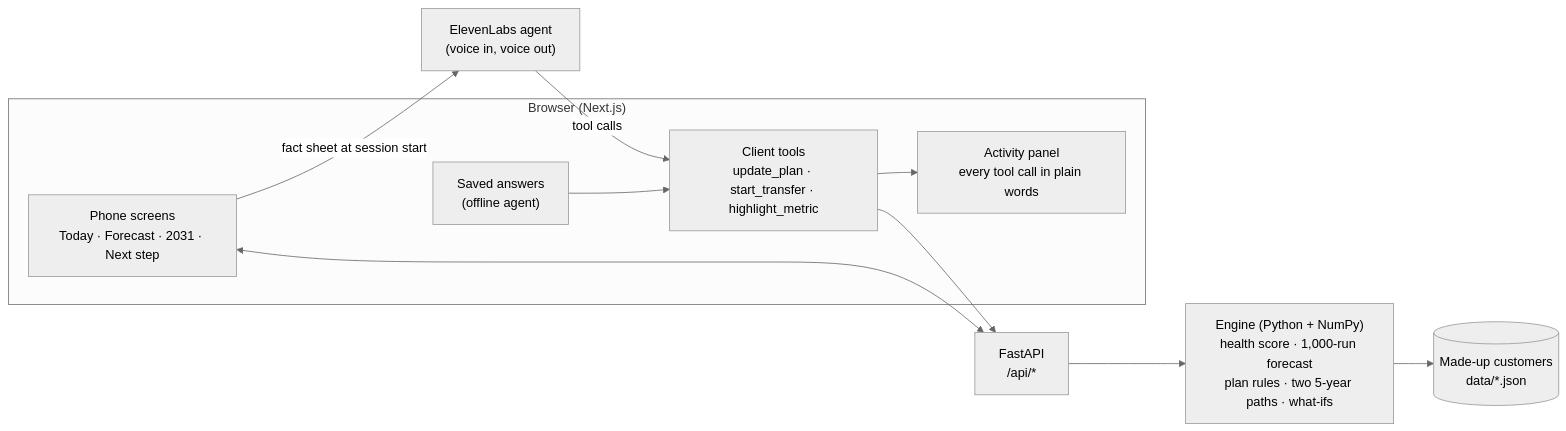
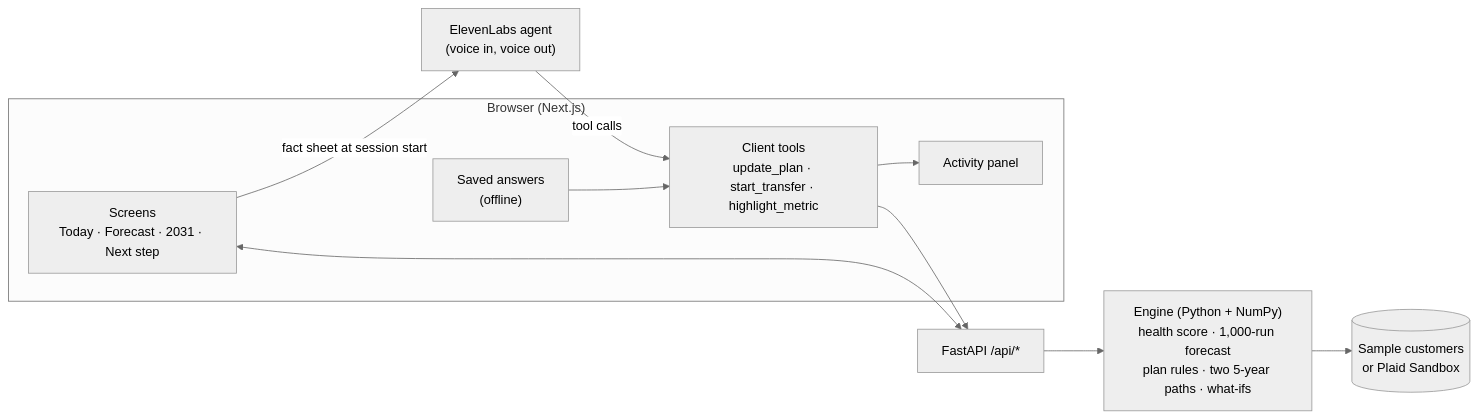
One commit to rajatsxngh/two-futures changed the diagram in README.md. Above: the diagram before and after it, drawn with Mermaid (neutral theme). The commit also changed other lines of this file and 14 other files, not shown here.

````diff
--- a/README.md
+++ b/README.md
@@ -33,21 +74,21 @@
 ```mermaid
 flowchart LR
   subgraph Browser["Browser (Next.js)"]
-    UI["Phone screens<br/>Today · Forecast · 2031 · Next step"]
+    UI["Screens<br/>Today · Forecast · 2031 · Next step"]
     Tools["Client tools<br/>update_plan · start_transfer · highlight_metric"]
-    Panel["Activity panel<br/>every tool call in plain words"]
-    Saved["Saved answers<br/>(offline agent)"]
+    Panel["Activity panel"]
+    Saved["Saved answers<br/>(offline)"]
   end
   Agent["ElevenLabs agent<br/>(voice in, voice out)"]
-  API["FastAPI<br/>/api/*"]
+  API["FastAPI /api/*"]
   Engine["Engine (Python + NumPy)<br/>health score · 1,000-run forecast<br/>plan rules · two 5-year paths · what-ifs"]
-  Data[("Made-up customers<br/>data/*.json")]
+  Data[("Sample customers<br/>or Plaid Sandbox")]
 
   UI <--> API
   Agent -- "tool calls" --> Tools
   Tools --> API
   Saved --> Tools
   API --> Engine --> Data
   Tools --> Panel
   UI -- "fact sheet at session start" --> Agent
 ```
````
